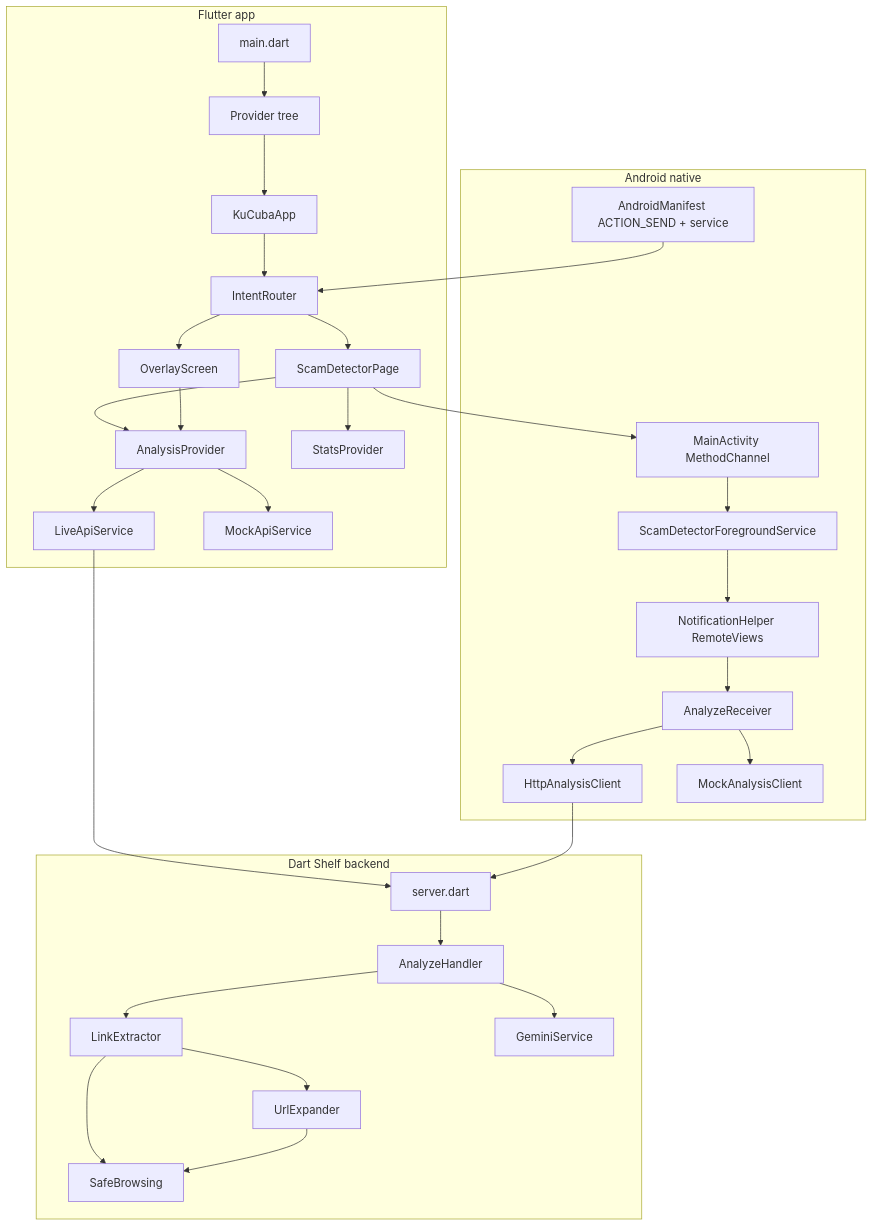
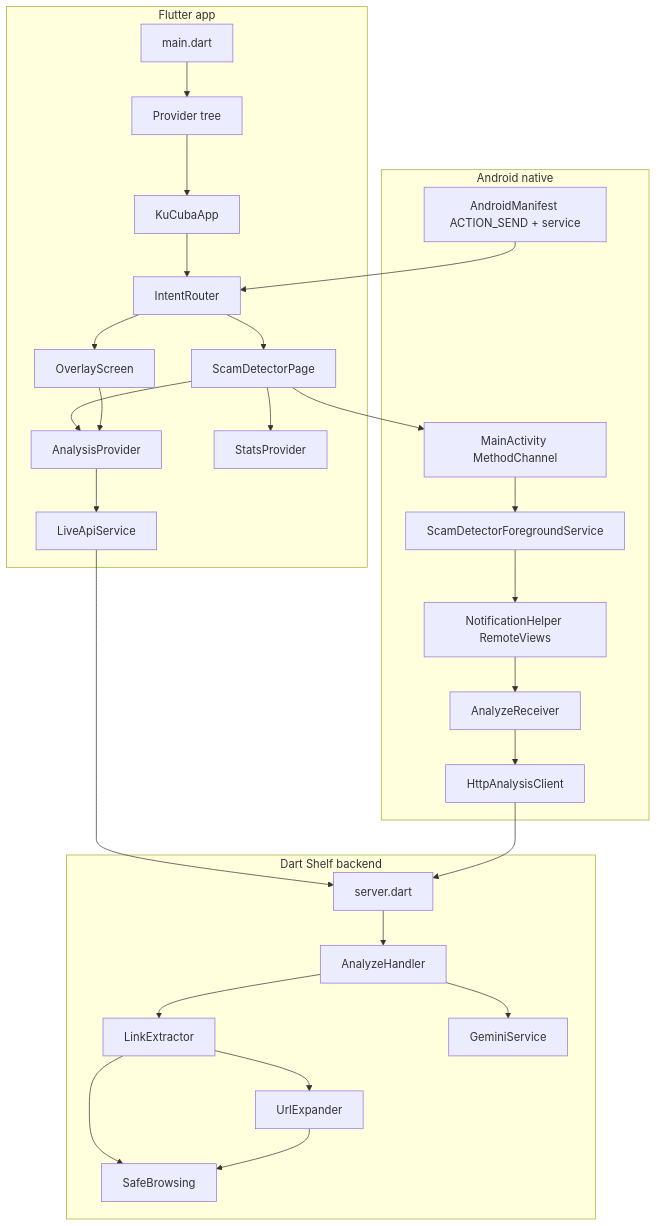
One commit to nayzinminlwin/HackathonX-FinTech-Forward-26-by-Team-KuCuba changed the first of 5 diagrams in docs/ARCHITECTURE_DIAGRAM.md. Above: the diagram before and after it, drawn with Mermaid. The commit also changed other lines of this file and 30 other files, not shown here.

````diff
--- a/docs/ARCHITECTURE_DIAGRAM.md
+++ b/docs/ARCHITECTURE_DIAGRAM.md
@@ -87,60 +85,56 @@
 ```mermaid
 flowchart TB
   subgraph FlutterApp["Flutter app"]
     Main["main.dart"]
     Providers["Provider tree"]
     App["KuCubaApp"]
     Router["IntentRouter"]
     Home["ScamDetectorPage"]
     Overlay["OverlayScreen"]
     AnalysisProvider["AnalysisProvider"]
     StatsProvider["StatsProvider"]
     LiveApi["LiveApiService"]
-    MockApi["MockApiService"]
   end
 
   subgraph AndroidNative["Android native"]
     Manifest["AndroidManifest ACTION_SEND + service"]
     MainActivity["MainActivity MethodChannel"]
     Service["ScamDetectorForegroundService"]
     Receiver["AnalyzeReceiver"]
     Notification["NotificationHelper RemoteViews"]
     NativeHttp["HttpAnalysisClient"]
-    NativeMock["MockAnalysisClient"]
   end
 
   subgraph Backend["Dart Shelf backend"]
     Server["server.dart"]
     Handler["AnalyzeHandler"]
     Extractor["LinkExtractor"]
     Expander["UrlExpander"]
     SafeBrowsing["SafeBrowsing"]
     Gemini["GeminiService"]
   end
 
   Main --> Providers --> App --> Router
   Router --> Home
   Router --> Overlay
   Home --> AnalysisProvider
   Overlay --> AnalysisProvider
   AnalysisProvider --> LiveApi
-  AnalysisProvider --> MockApi
   Home --> StatsProvider
 
   Manifest --> Router
   Home --> MainActivity
   MainActivity --> Service
   Service --> Notification
   Notification --> Receiver
   Receiver --> NativeHttp
-  Receiver --> NativeMock
 
   LiveApi --> Server
   NativeHttp --> Server
   Server --> Handler
   Handler --> Extractor
   Extractor --> Expander
   Extractor --> SafeBrowsing
   Expander --> SafeBrowsing
   Handler --> Gemini
 ```
````
